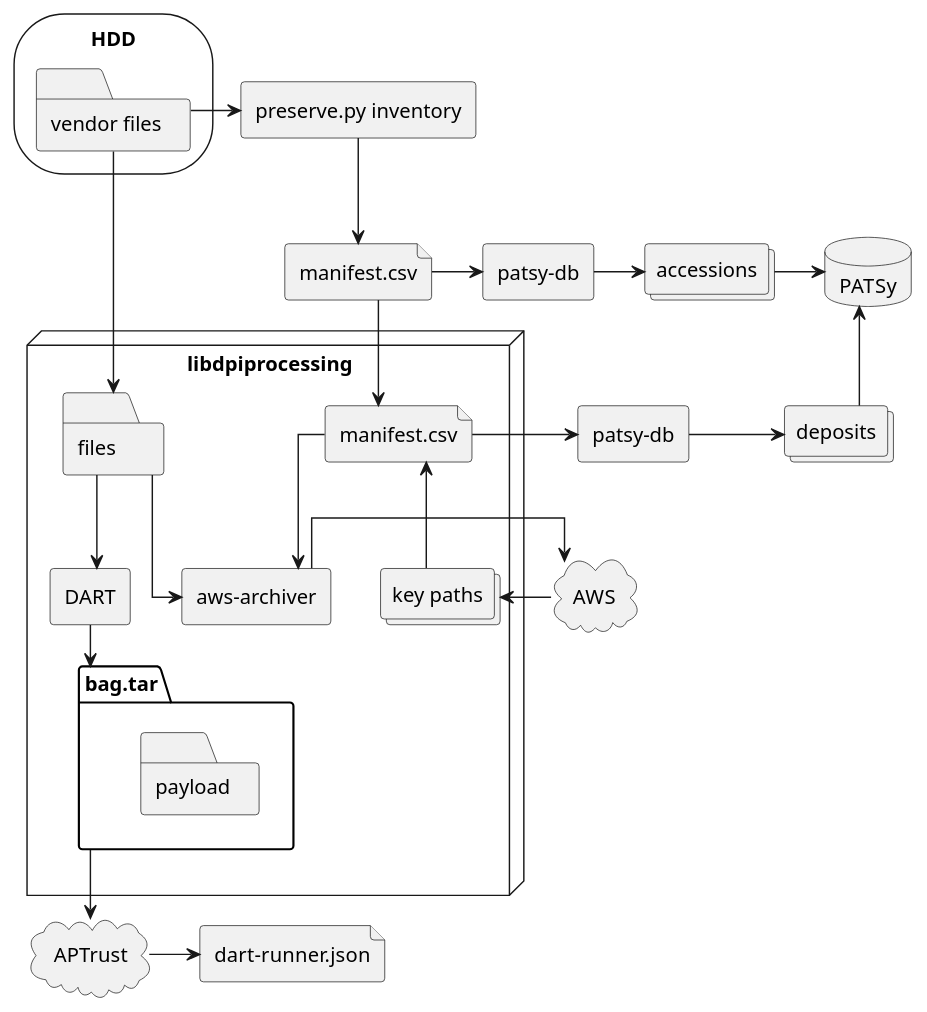
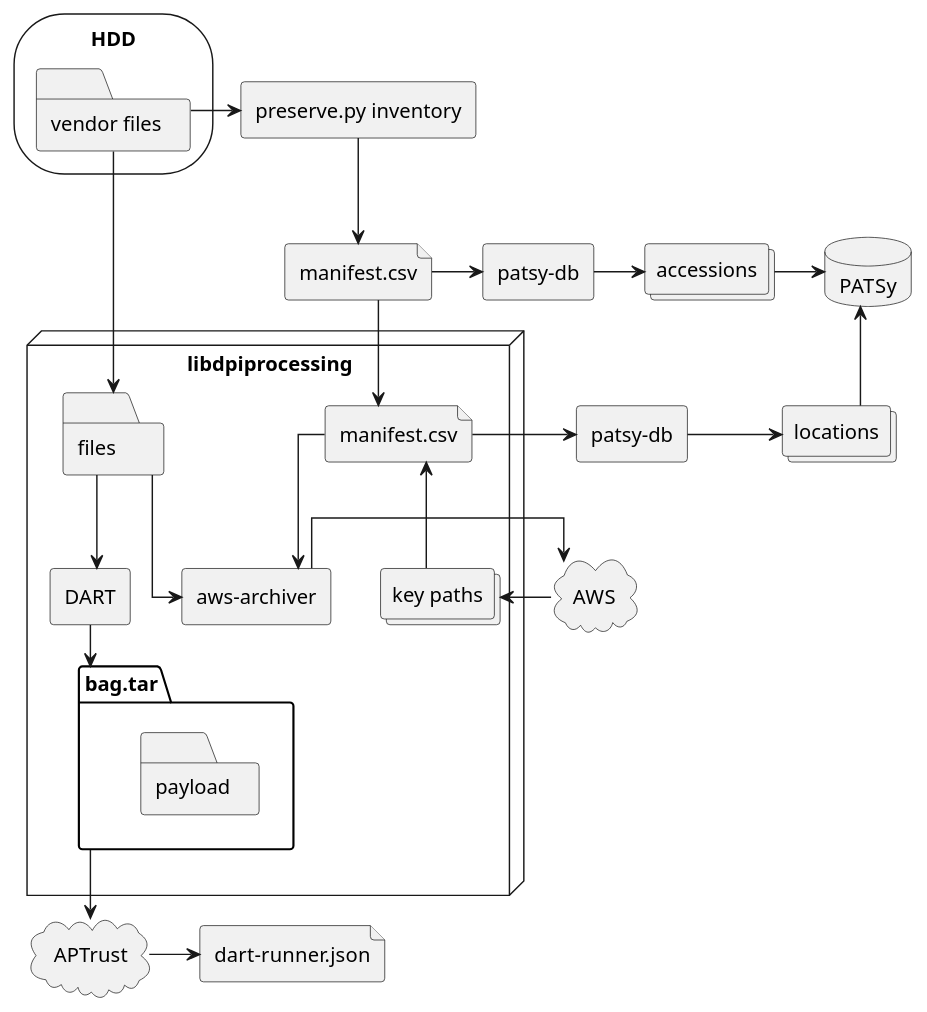
The diagram in docs/process.puml (umd-lib/digital-preservation-toolkit), drawn with PlantUML before and after one commit. The commit also changed 1 other file, not shown here.

Commit message:
Changed "accessions" to "locations".

```diff
--- a/docs/process.puml
+++ b/docs/process.puml
@@ -1,50 +1,50 @@
 @startuml
 skinparam linetype ortho
 
 storage HDD {
     folder vendorfiles as "vendor files"
 }
 rectangle inventory as "preserve.py inventory"
 file inventory.csv as "manifest.csv"
 collections accessions
-collections deposits
+collections locations
 rectangle patsydb as "patsy-db"
 rectangle patsydbdeposit as "patsy-db"
 database PATSy
 node libdpiprocessing {
     folder files
     file manifest.csv
     rectangle awsarchiver as "aws-archiver"
     rectangle DART
     collections keypaths as "key paths"
     package bag.tar {
         folder payload
     }
 }
 file dartrunner as "dart-runner.json"
 cloud AWS
 cloud APTrust
 
 inventory.csv --> manifest.csv
 vendorfiles --> files
 
 vendorfiles -> inventory
 inventory --> inventory.csv
 inventory.csv -> patsydb
 patsydb -> accessions
 accessions -> PATSy
 
 files --> awsarchiver
 manifest.csv --> awsarchiver
 awsarchiver -> AWS
 AWS -> keypaths
 manifest.csv <-- keypaths
 manifest.csv -> patsydbdeposit
-patsydbdeposit -> deposits
-PATSy <-- deposits
+patsydbdeposit -> locations
+PATSy <-- locations
 
 files --> DART
 DART --> bag.tar
 bag.tar --> APTrust
 APTrust -> dartrunner
 @enduml
```
